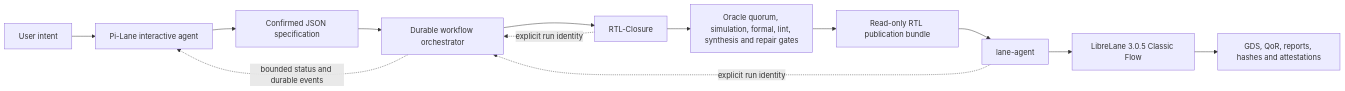
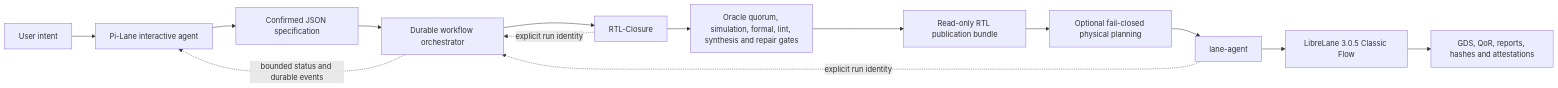
Before and after one commit to vpromise/SiliconWeaver: the diagram in README.md, drawn with Mermaid. The commit also changed other lines of this file and 55 other files, not shown here.

First line of the commit message:
feat: add evidence-bound physical planning (#22)

````diff
--- a/README.md
+++ b/README.md
@@ -53,15 +57,16 @@
 ```mermaid
 flowchart LR
     U["User intent"] --> P["Pi-Lane interactive agent"]
     P --> S["Confirmed JSON specification"]
     S --> O["Durable workflow orchestrator"]
     O --> R["RTL-Closure"]
     R --> V["Oracle quorum, simulation, formal, lint, synthesis and repair gates"]
     V --> B["Read-only RTL publication bundle"]
-    B --> L["lane-agent"]
+    B --> F["Optional fail-closed physical planning"]
+    F --> L["lane-agent"]
     L --> C["LibreLane 3.0.5 Classic Flow"]
     C --> E["GDS, QoR, reports, hashes and attestations"]
     O -. "bounded status and durable events" .-> P
     R -. "explicit run identity" .-> O
     L -. "explicit run identity" .-> O
 ```
````
